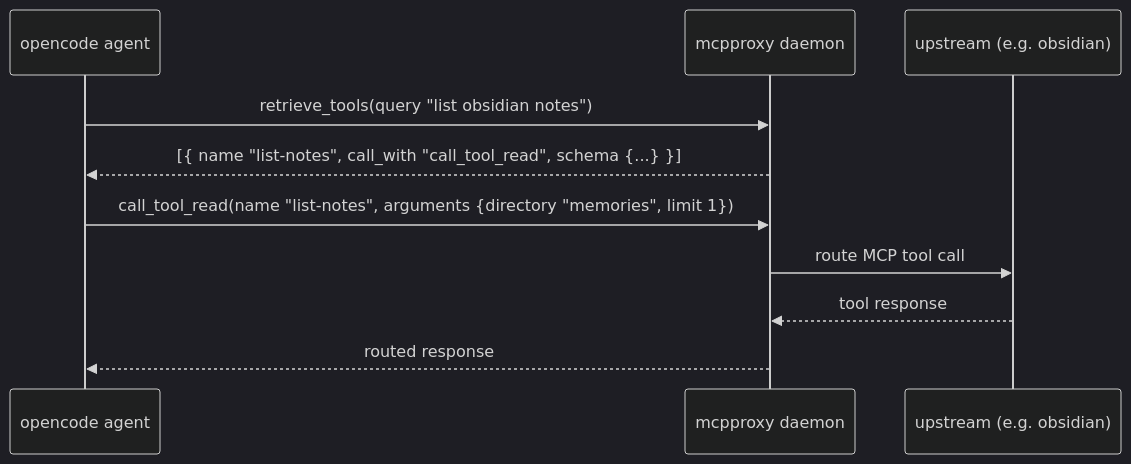
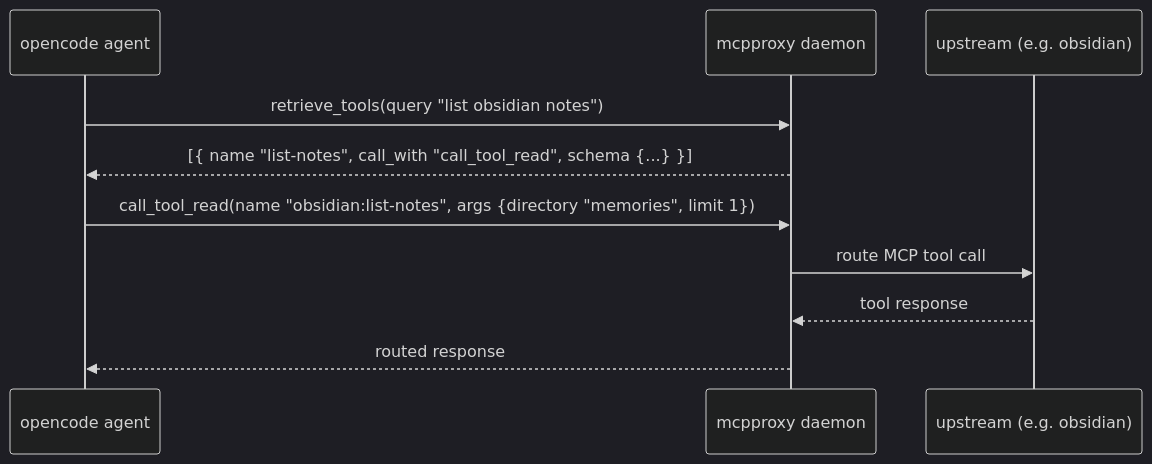
One commit to DWSR/nix-config changed the fourth of 5 diagrams in .kiro/specs/mcpproxy-migration/design.md. Above: the diagram before and after it, drawn with Mermaid (dark theme). The commit also changed other lines of this file and 4 other files, not shown here.

````diff
--- a/.kiro/specs/mcpproxy-migration/design.md
+++ b/.kiro/specs/mcpproxy-migration/design.md
@@ -991,13 +1048,13 @@
 ```mermaid
 sequenceDiagram
     participant Agent as opencode agent
     participant MP as mcpproxy daemon
     participant Up as upstream (e.g. obsidian)
 
     Agent->>MP: retrieve_tools(query "list obsidian notes")
     MP-->>Agent: [{ name "list-notes", call_with "call_tool_read", schema {...} }]
-    Agent->>MP: call_tool_read(name "list-notes", arguments {directory "memories", limit 1})
+    Agent->>MP: call_tool_read(name "obsidian:list-notes", args {directory "memories", limit 1})
     MP->>Up: route MCP tool call
     Up-->>MP: tool response
     MP-->>Agent: routed response
 ```
````
